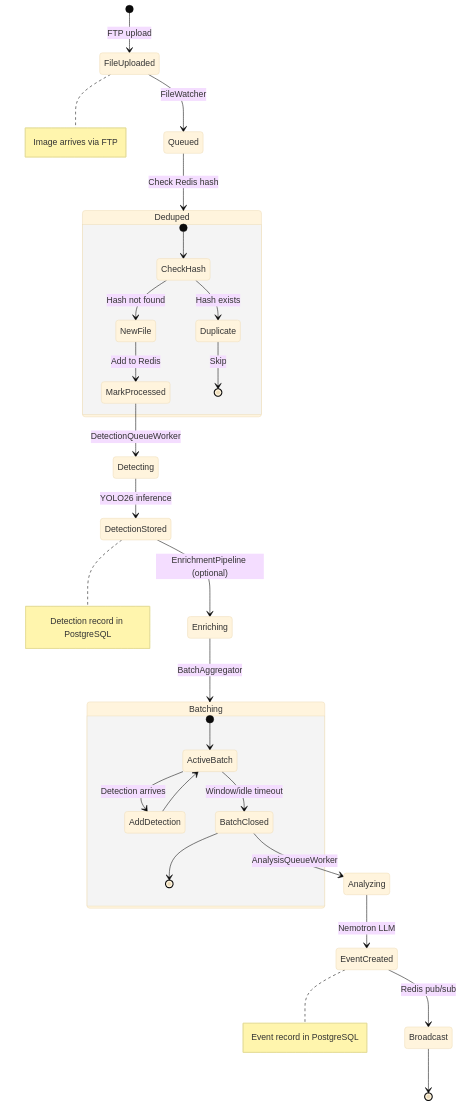
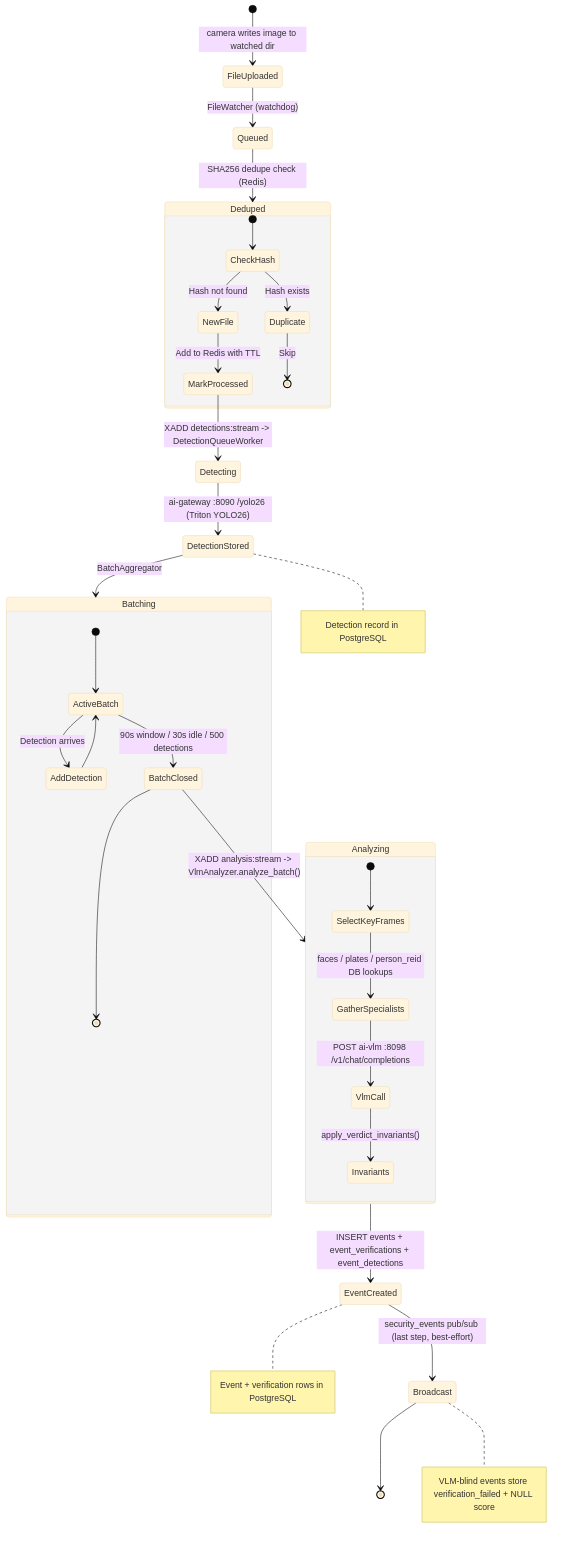
Before and after one commit to mikesvoboda/nemotron-v3-home-security-intelligence: the third of 4 diagrams in docs/architecture/data-model.md, drawn with Mermaid (base theme). The commit also changed other lines of this file and 231 other files, not shown here.

````diff
--- a/docs/architecture/data-model.md
+++ b/docs/architecture/data-model.md
@@ -1006,37 +996,44 @@
 ```mermaid
 stateDiagram-v2
-    [*] --> FileUploaded: FTP upload
+    [*] --> FileUploaded: camera writes image to watched dir
 
-    FileUploaded --> Queued: FileWatcher
-    Queued --> Deduped: Check Redis hash
+    FileUploaded --> Queued: FileWatcher (watchdog)
+    Queued --> Deduped: SHA256 dedupe check (Redis)
 
     state Deduped {
         [*] --> CheckHash
         CheckHash --> Duplicate: Hash exists
         CheckHash --> NewFile: Hash not found
-        NewFile --> MarkProcessed: Add to Redis
+        NewFile --> MarkProcessed: Add to Redis with TTL
         Duplicate --> [*]: Skip
     }
 
-    MarkProcessed --> Detecting: DetectionQueueWorker
-    Detecting --> DetectionStored: YOLO26 inference
-    DetectionStored --> Enriching: EnrichmentPipeline (optional)
-    Enriching --> Batching: BatchAggregator
+    MarkProcessed --> Detecting: XADD detections:stream -> DetectionQueueWorker
+    Detecting --> DetectionStored: ai-gateway :8090 /yolo26 (Triton YOLO26)
+    DetectionStored --> Batching: BatchAggregator
 
     state Batching {
         [*] --> ActiveBatch
         ActiveBatch --> AddDetection: Detection arrives
         AddDetection --> ActiveBatch
-        ActiveBatch --> BatchClosed: Window/idle timeout
+        ActiveBatch --> BatchClosed: 90s window / 30s idle / 500 detections
         BatchClosed --> [*]
     }
 
-    BatchClosed --> Analyzing: AnalysisQueueWorker
-    Analyzing --> EventCreated: Nemotron LLM
-    EventCreated --> Broadcast: Redis pub/sub
+    BatchClosed --> Analyzing: XADD analysis:stream -> VlmAnalyzer.analyze_batch()
+
+    state Analyzing {
+        [*] --> SelectKeyFrames
+        SelectKeyFrames --> GatherSpecialists: faces / plates / person_reid DB lookups
+        GatherSpecialists --> VlmCall: POST ai-vlm :8098 /v1/chat/completions
+        VlmCall --> Invariants: apply_verdict_invariants()
+    }
+
+    Analyzing --> EventCreated: INSERT events + event_verifications + event_detections
+    EventCreated --> Broadcast: security_events pub/sub (last step, best-effort)
     Broadcast --> [*]
 
-    note right of FileUploaded: Image arrives via FTP
     note right of DetectionStored: Detection record in PostgreSQL
-    note right of EventCreated: Event record in PostgreSQL
+    note right of EventCreated: Event + verification rows in PostgreSQL
+    note right of Broadcast: VLM-blind events store verification_failed + NULL score
 ```
````
